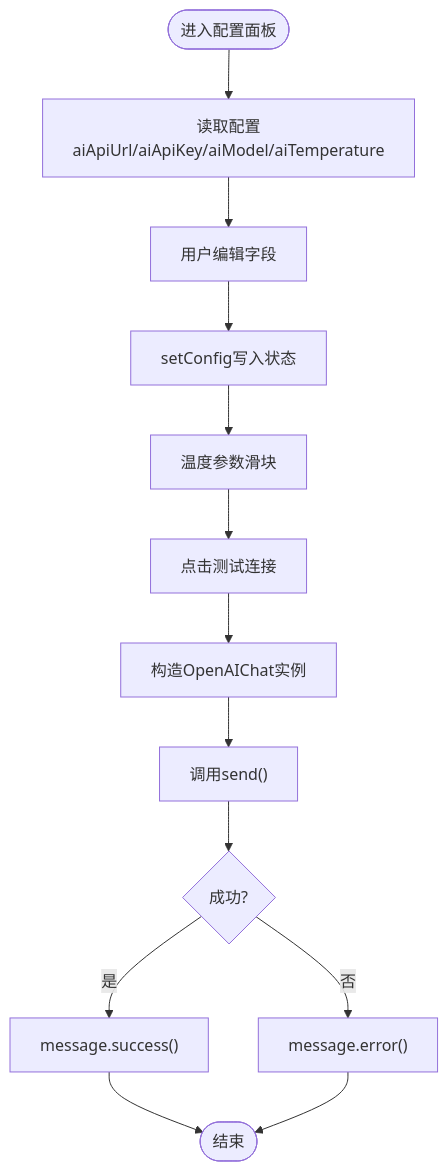
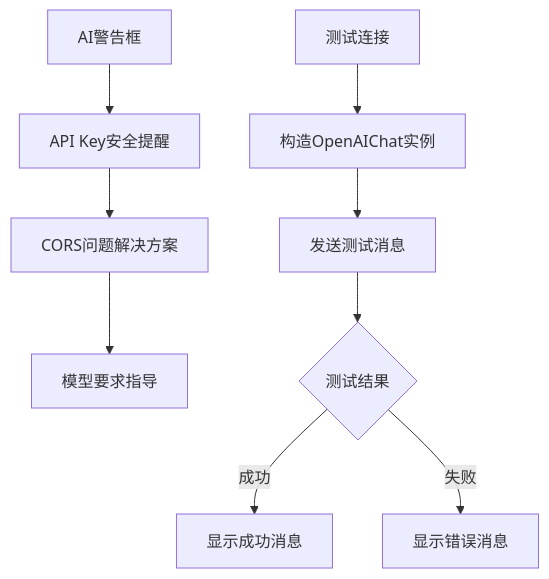
Before and after one commit to kqcoxn/MaaPipelineEditor: the fifth of 9 diagrams in .qoder/repowiki/zh/content/用户界面/面板系统/配置面板/AI配置区域.md, drawn with Mermaid. The commit also changed other lines of this file and 50 other files, not shown here.

````diff
--- a/.qoder/repowiki/zh/content/用户界面/面板系统/配置面板/AI配置区域.md
+++ b/.qoder/repowiki/zh/content/用户界面/面板系统/配置面板/AI配置区域.md
@@ -163,15 +230,11 @@
 ```mermaid
 flowchart TD
-Start(["进入配置面板"]) --> LoadCfg["读取配置<br/>aiApiUrl/aiApiKey/aiModel/aiTemperature"]
-LoadCfg --> Edit["用户编辑字段"]
-Edit --> Save["setConfig写入状态"]
-Save --> TempSlider["温度参数滑块"]
-TempSlider --> Test["点击"测试连接""]
-Test --> BuildChat["构造OpenAIChat实例"]
-BuildChat --> Send["调用send()"]
-Send --> Result{"成功?"}
-Result --> |是| ShowOK["message.success()"]
-Result --> |否| ShowErr["message.error()"]
-ShowOK --> End(["结束"])
-ShowErr --> End
+AIWarn["AI警告框"] --> Security["API Key安全提醒"]
+Security --> CORS["CORS问题解决方案"]
+CORS --> ModelReq["模型要求指导"]
+TestConn["测试连接"] --> BuildChat["构造OpenAIChat实例"]
+BuildChat --> Send["发送测试消息"]
+Send --> Result{"测试结果"}
+Result --> |成功| Success["显示成功消息"]
+Result --> |失败| Error["显示错误消息"]
 ```
````
